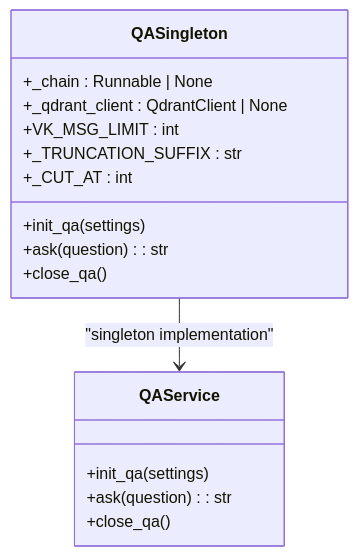
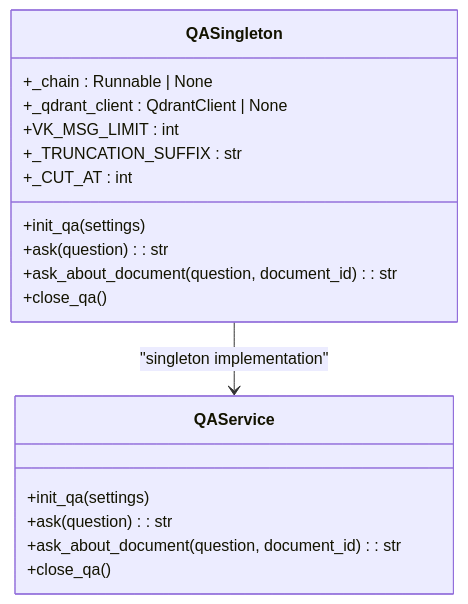
Before and after one commit to ognelis/cafetera_hr_bot: diagram 14 of 23 in .qoder/repowiki/en/content/RAG Integration/RAG Integration.md, drawn with Mermaid. The commit also changed other lines of this file and 6 other files, not shown here.

````diff
--- a/.qoder/repowiki/en/content/RAG Integration/RAG Integration.md
+++ b/.qoder/repowiki/en/content/RAG Integration/RAG Integration.md
@@ -811,19 +846,21 @@
 ```mermaid
 classDiagram
 class QASingleton {
 +_chain : Runnable | None
 +_qdrant_client : QdrantClient | None
 +VK_MSG_LIMIT : int
 +_TRUNCATION_SUFFIX : str
 +_CUT_AT : int
 +init_qa(settings)
 +ask(question) : str
++ask_about_document(question, document_id) : str
 +close_qa()
 }
 class QAService {
 +init_qa(settings)
 +ask(question) : str
++ask_about_document(question, document_id) : str
 +close_qa()
 }
 QASingleton --> QAService : "singleton implementation"
 ```
````
